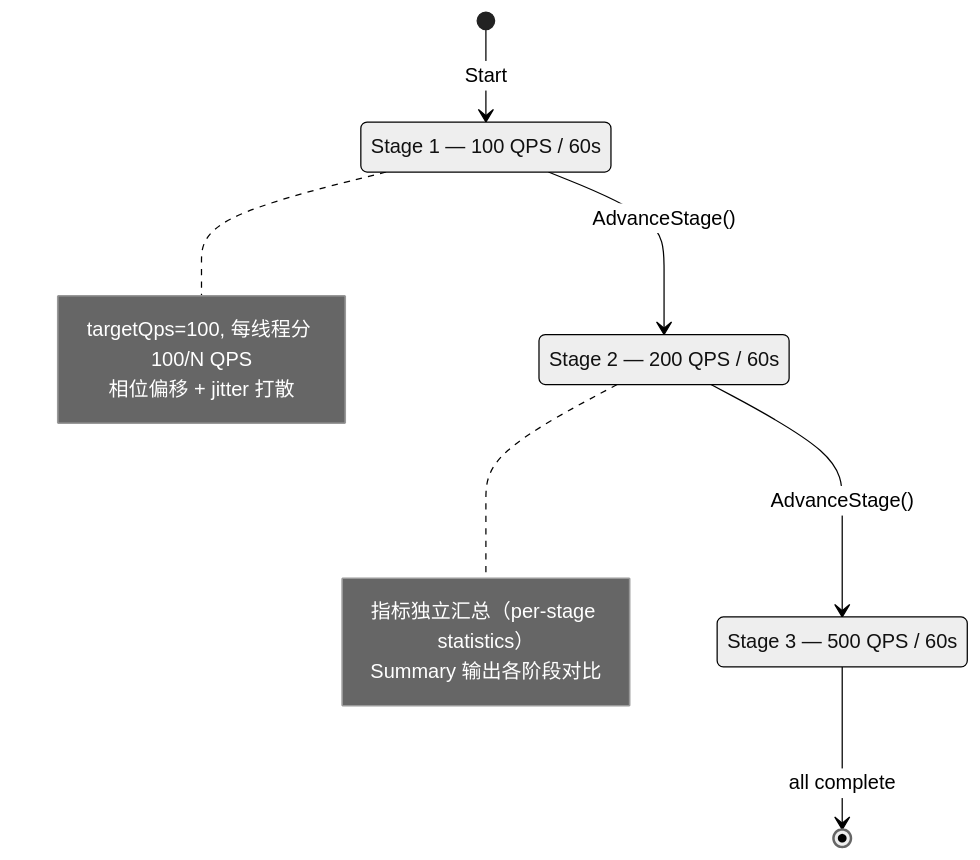
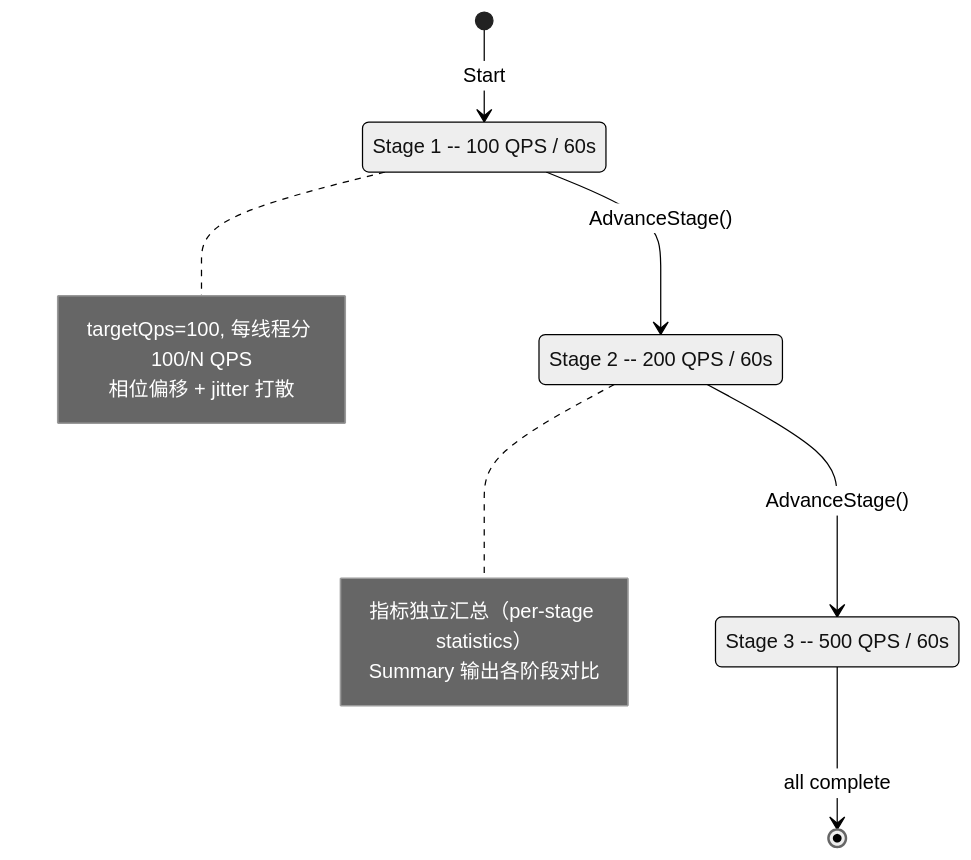
One commit to openeuler-mirror/yuanrong-datasystem changed the eighth of 8 diagrams in tests/kvtest/docs/design.md. Above: the diagram before and after it, drawn with Mermaid (neutral theme). The commit also changed other lines of this file and 20 other files, not shown here.

````diff
--- a/tests/kvtest/docs/design.md
+++ b/tests/kvtest/docs/design.md
@@ -457,20 +458,20 @@
 ```mermaid
 stateDiagram-v2
     [*] --> Stage1: Start
-    Stage1: Stage 1 — 100 QPS / 60s
+    Stage1: Stage 1 -- 100 QPS / 60s
     Stage1 --> Stage2: AdvanceStage()
-    Stage2: Stage 2 — 200 QPS / 60s
+    Stage2: Stage 2 -- 200 QPS / 60s
     Stage2 --> Stage3: AdvanceStage()
-    Stage3: Stage 3 — 500 QPS / 60s
+    Stage3: Stage 3 -- 500 QPS / 60s
     Stage3 --> [*]: all complete
 
     note right of Stage1
         targetQps=100, 每线程分 100/N QPS
         相位偏移 + jitter 打散
     end note
 
     note right of Stage2
         指标独立汇总（per-stage statistics）
         Summary 输出各阶段对比
     end note
 ```
````
